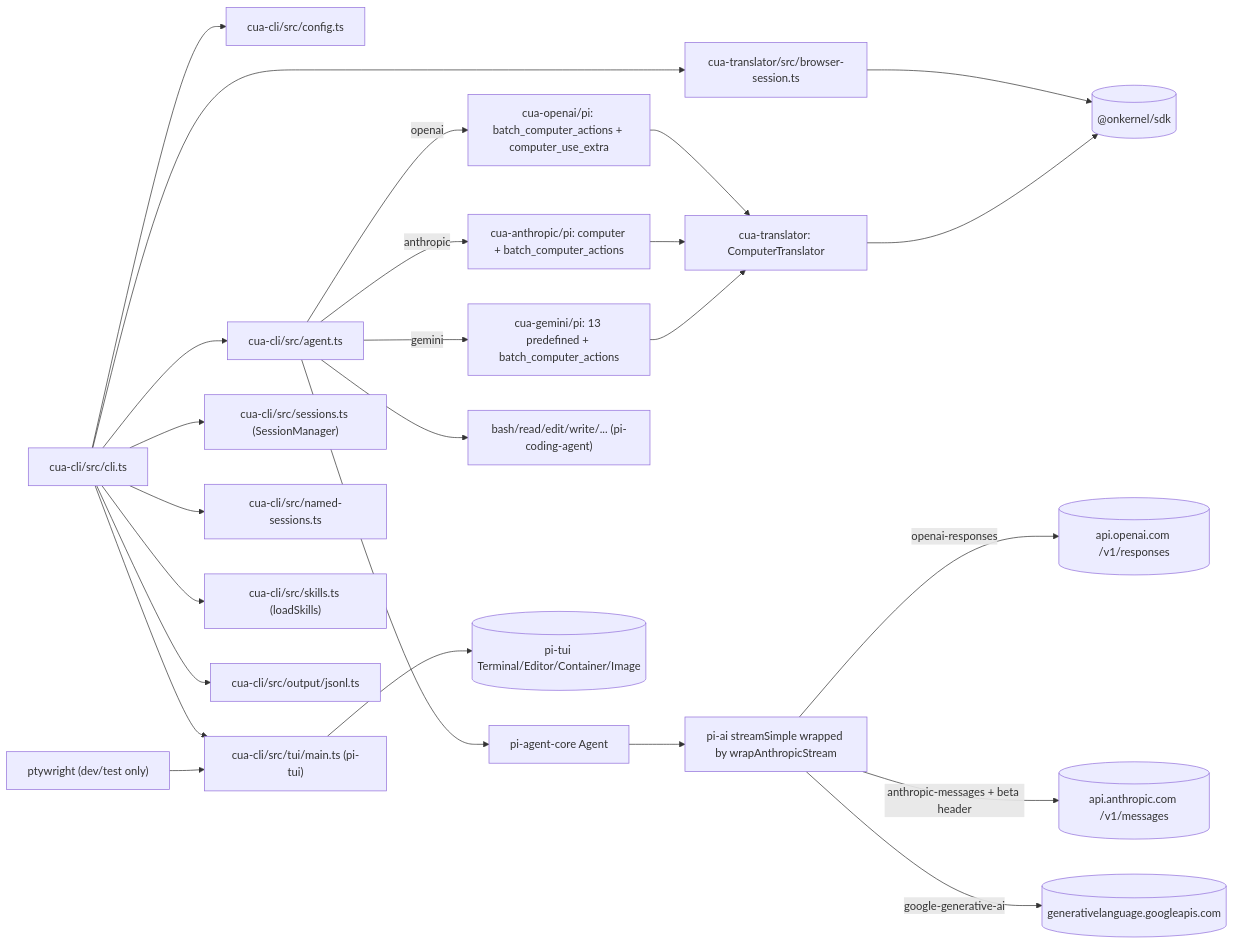
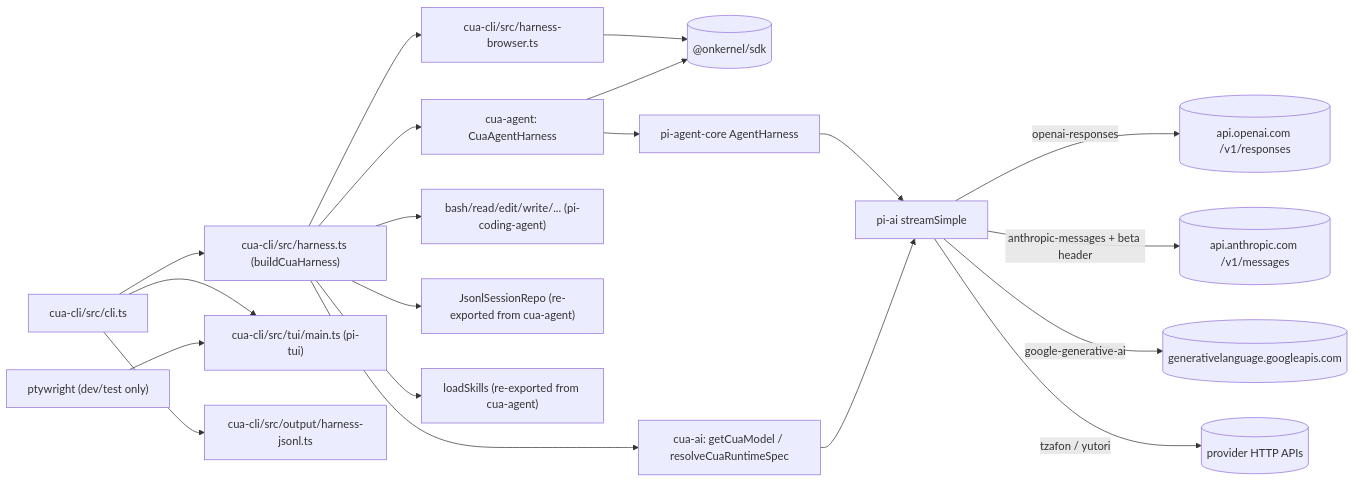
The second of 2 diagrams in docs/architecture.md (kernel/cua), drawn with Mermaid before and after one commit. The commit also changed other lines of this file and 82 other files, not shown here.

````diff
--- a/docs/architecture.md
+++ b/docs/architecture.md
@@ -393,28 +233,23 @@
 ```mermaid
 flowchart LR
   cli["cua-cli/src/cli.ts"]
-  cli --> cfg["cua-cli/src/config.ts"]
-  cli --> sess["cua-translator/src/browser-session.ts"]
-  sess --> sdk[("@onkernel/sdk")]
-  cli --> agentMod["cua-cli/src/agent.ts"]
-  agentMod --> piAgent["pi-agent-core Agent"]
-  piAgent --> piAi["pi-ai streamSimple wrapped by wrapAnthropicStream"]
+  cli --> harness["cua-cli/src/harness.ts (buildCuaHarness)"]
+  harness --> browserMod["cua-cli/src/harness-browser.ts"]
+  browserMod --> sdk[("@onkernel/sdk")]
+  harness --> agentPkg["cua-agent: CuaAgentHarness"]
+  agentPkg --> piHarness["pi-agent-core AgentHarness"]
+  piHarness --> piAi["pi-ai streamSimple"]
   piAi -->|"openai-responses"| openai[("api.openai.com /v1/responses")]
   piAi -->|"anthropic-messages + beta header"| anthro[("api.anthropic.com /v1/messages")]
   piAi -->|"google-generative-ai"| gemini[("generativelanguage.googleapis.com")]
-  agentMod -->|"openai"| oaiTools["cua-openai/pi: batch_computer_actions + computer_use_extra"]
-  agentMod -->|"anthropic"| antTools["cua-anthropic/pi: computer + batch_computer_actions"]
-  agentMod -->|"gemini"| gemTools["cua-gemini/pi: 13 predefined + batch_computer_actions"]
-  agentMod --> coding["bash/read/edit/write/... (pi-coding-agent)"]
-  oaiTools --> translator["cua-translator: ComputerTranslator"]
-  antTools --> translator
-  gemTools --> translator
-  translator --> sdk
+  piAi -->|"tzafon / yutori"| others[("provider HTTP APIs")]
+  agentPkg --> sdk
+  harness --> aiPkg["cua-ai: getCuaModel / resolveCuaRuntimeSpec"]
+  aiPkg --> piAi
+  harness --> coding["bash/read/edit/write/... (pi-coding-agent)"]
+  harness --> sessions["JsonlSessionRepo (re-exported from cua-agent)"]
+  harness --> skillsMod["loadSkills (re-exported from cua-agent)"]
   cli --> tui["cua-cli/src/tui/main.ts (pi-tui)"]
-  tui --> piTui[("pi-tui Terminal/Editor/Container/Image")]
-  cli --> sessionsMod["cua-cli/src/sessions.ts (SessionManager)"]
-  cli --> namedSessionsMod["cua-cli/src/named-sessions.ts"]
-  cli --> skillsMod["cua-cli/src/skills.ts (loadSkills)"]
-  cli --> jsonl["cua-cli/src/output/jsonl.ts"]
+  cli --> jsonl["cua-cli/src/output/harness-jsonl.ts"]
   pty["ptywright (dev/test only)"] --> tui
 ```
````
